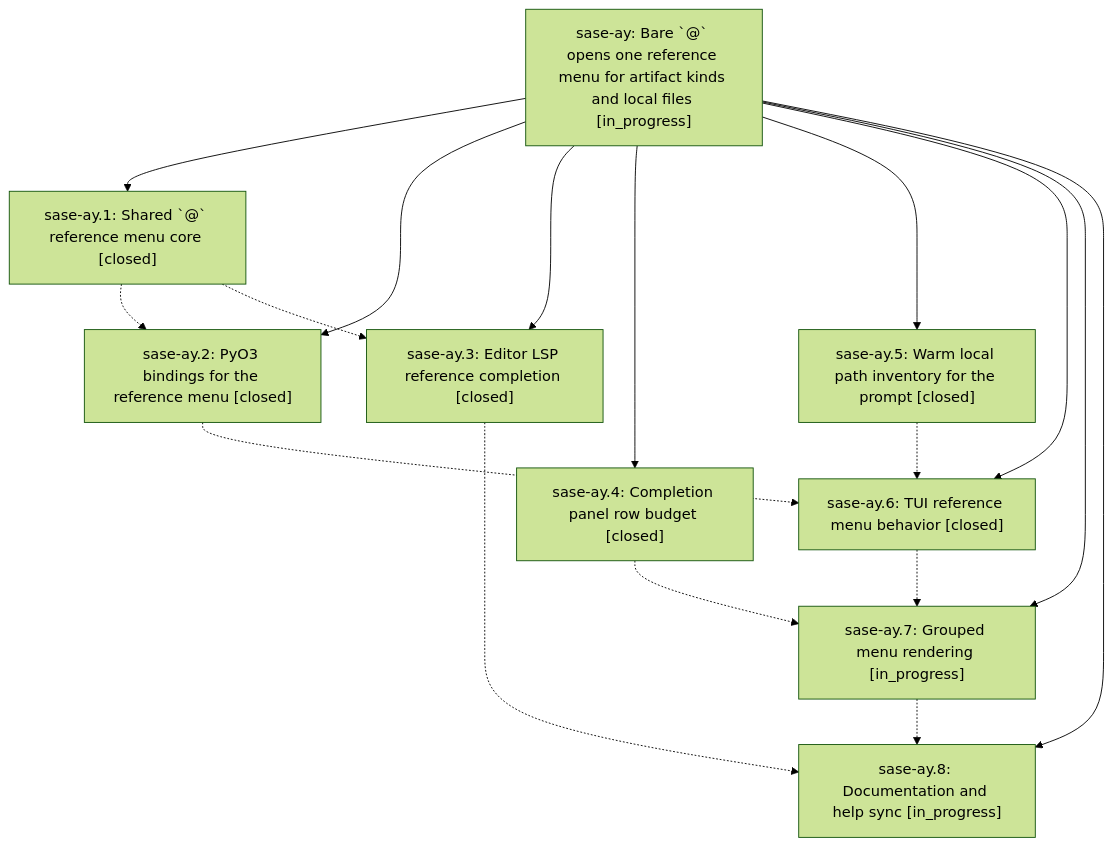
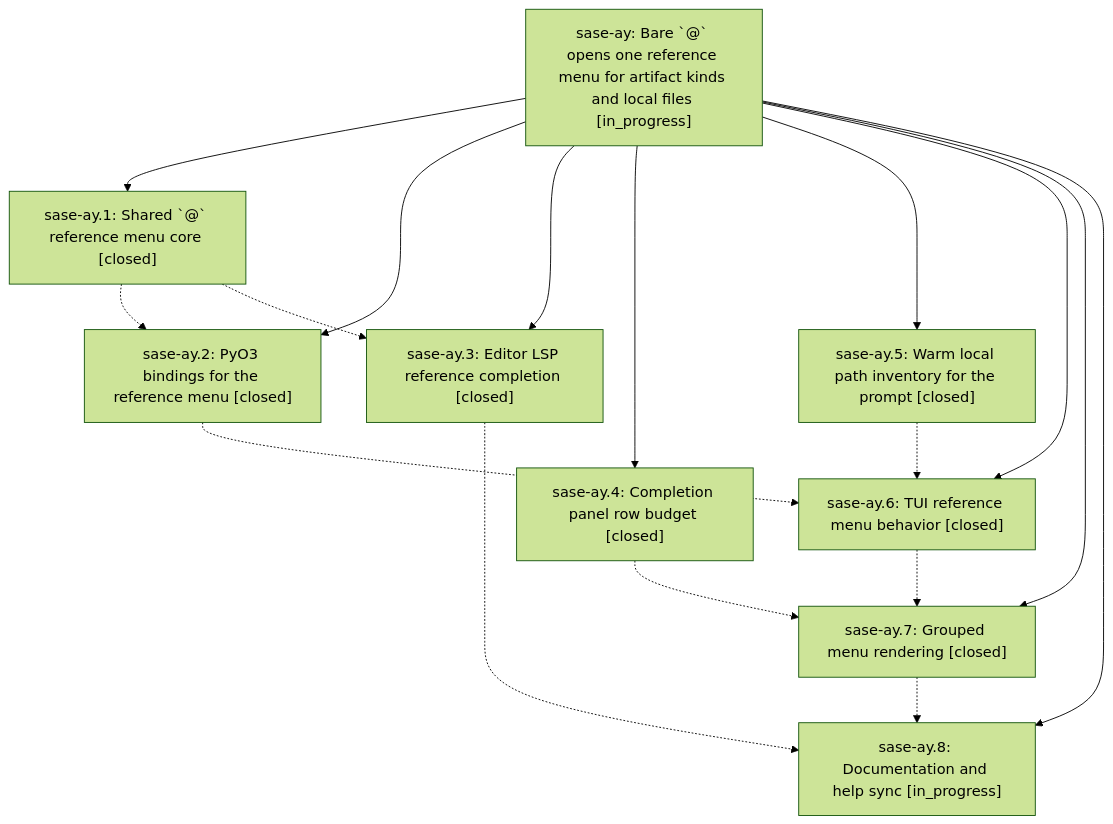
One commit to sase-org/sase--beads changed the diagram in pages/sase-ay/README.md. Above: the diagram before and after it, drawn with Mermaid (forest theme). The commit also changed other lines of this file and 4 other files, not shown here.

````diff
--- a/pages/sase-ay/README.md
+++ b/pages/sase-ay/README.md
@@ -29,28 +29,28 @@
 ```mermaid
 flowchart TD
     n0["sase-ay: Bare `@` opens one reference menu for artifact kinds and local files [in_progress]"]
     n1["sase-ay.1: Shared `@` reference menu core [closed]"]
     n2["sase-ay.2: PyO3 bindings for the reference menu [closed]"]
     n3["sase-ay.3: Editor LSP reference completion [closed]"]
     n4["sase-ay.4: Completion panel row budget [closed]"]
     n5["sase-ay.5: Warm local path inventory for the prompt [closed]"]
     n6["sase-ay.6: TUI reference menu behavior [closed]"]
-    n7["sase-ay.7: Grouped menu rendering [in_progress]"]
+    n7["sase-ay.7: Grouped menu rendering [closed]"]
     n8["sase-ay.8: Documentation and help sync [in_progress]"]
     n0 --> n1
     n0 --> n2
     n0 --> n3
     n0 --> n4
     n0 --> n5
     n0 --> n6
     n0 --> n7
     n0 --> n8
     n1 -.-> n2
     n1 -.-> n3
     n2 -.-> n6
     n3 -.-> n8
     n4 -.-> n7
     n5 -.-> n6
     n6 -.-> n7
     n7 -.-> n8
 ```
````
